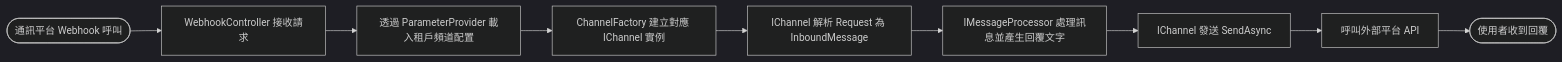
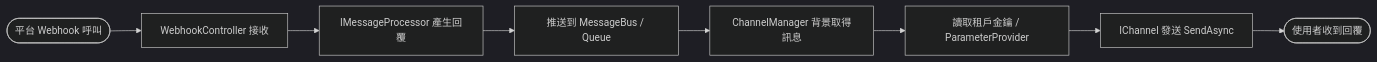
One commit to bruceagentadmin/MessageHub changed the fourth of 5 diagrams in docs/source_req/CHANNEL_SYSTEM_CS_MULTITENANT.md. Above: the diagram before and after it, drawn with Mermaid (dark theme). The commit also changed other lines of this file and 32 other files, not shown here.

Commit message:
feat: Implement initial message hub architecture with core models, channel infrastructure, API webhooks, application services, and unit tests.

````diff
--- a/docs/source_req/CHANNEL_SYSTEM_CS_MULTITENANT.md
+++ b/docs/source_req/CHANNEL_SYSTEM_CS_MULTITENANT.md
@@ -116,11 +146,10 @@
 ```mermaid
 flowchart LR
-    Start([通訊平台 Webhook 呼叫]) --> Receive[WebhookController 接收請求]
-    Receive --> LoadConfig[透過 ParameterProvider 載入租戶頻道配置]
-    LoadConfig --> GetChannel[ChannelFactory 建立對應 IChannel 實例]
-    GetChannel --> Parse[IChannel 解析 Request 為 InboundMessage]
-    Parse --> Process[IMessageProcessor 處理訊息並產生回覆文字]
-    Process --> Send[IChannel 發送 SendAsync]
-    Send --> Platform[呼叫外部平台 API]
-    Platform --> End([使用者收到回覆])
+    Start([平台 Webhook 呼叫]) --> Receive[WebhookController 接收]
+    Receive --> Process[IMessageProcessor 產生回覆]
+    Process --> Push[推送到 MessageBus / Queue]
+    Push --> Worker[ChannelManager 背景取得訊息]
+    Worker --> LoadConfig[讀取租戶金鑰 / ParameterProvider]
+    LoadConfig --> Send[IChannel 發送 SendAsync]
+    Send --> End([使用者收到回覆])
 ```
````
